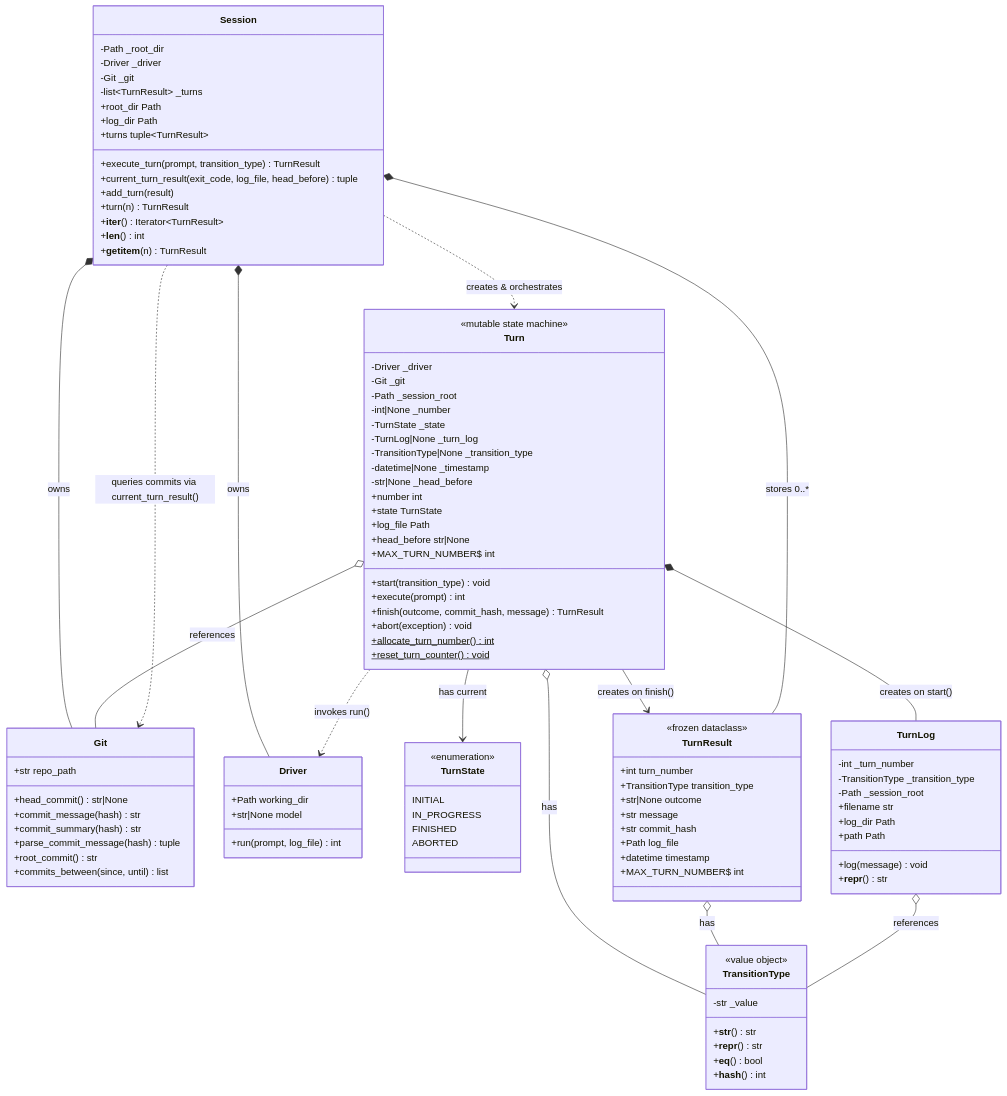
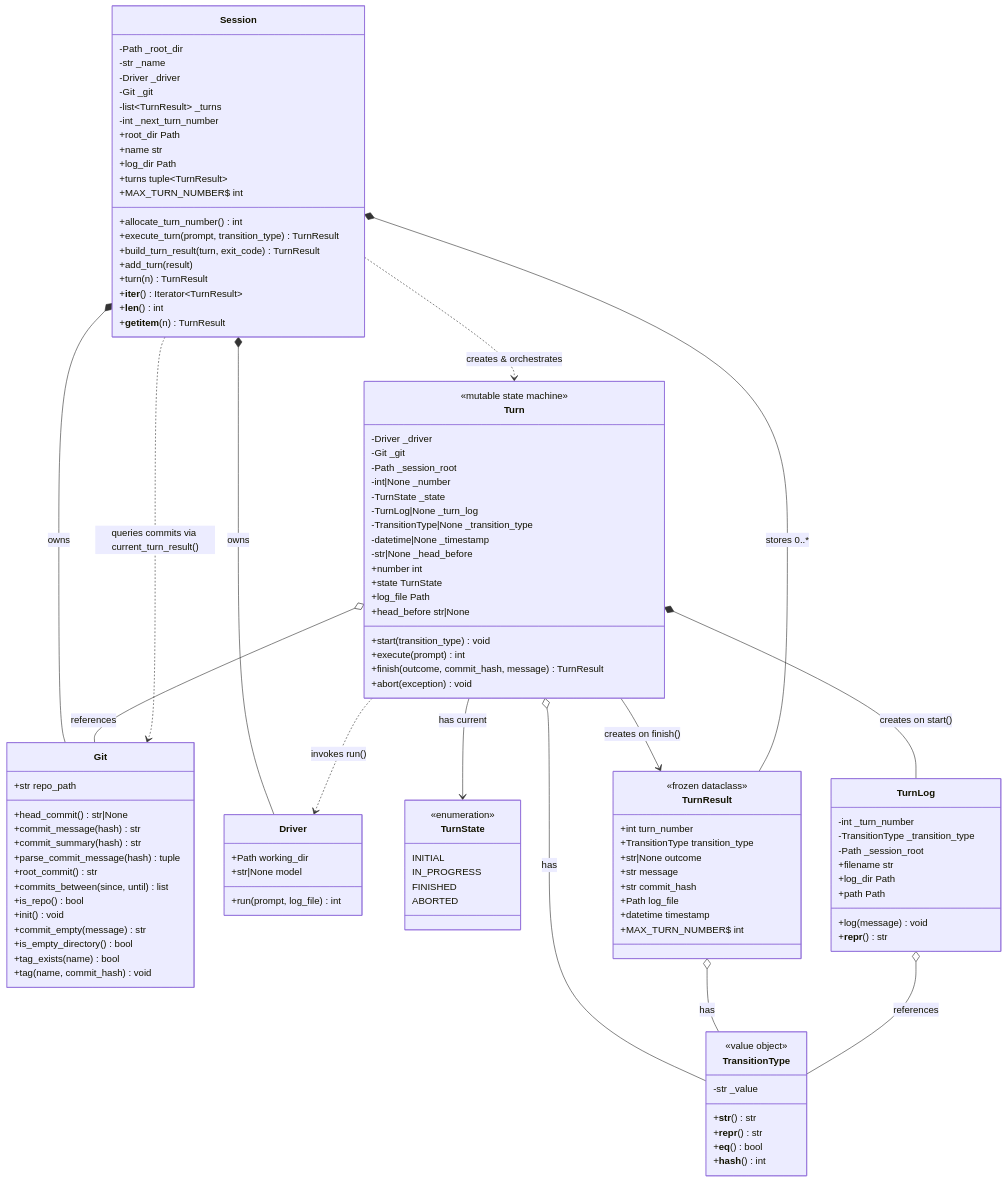
Before and after one commit to alexeyv/afk: the diagram in docs/domain-model.md, drawn with Mermaid. The commit also changed other lines of this file and 8 other files, not shown here.

```diff
--- a/docs/domain-model.md
+++ b/docs/domain-model.md
@@ -18,6 +19,12 @@
         +parse_commit_message(hash) tuple
         +root_commit() str
         +commits_between(since, until) list
+        +is_repo() bool
+        +init() void
+        +commit_empty(message) str
+        +is_empty_directory() bool
+        +tag_exists(name) bool
+        +tag(name, commit_hash) void
     }
 
     class Driver {
@@ -74,9 +81,6 @@
         +execute(prompt) int
         +finish(outcome, commit_hash, message) TurnResult
         +abort(exception) void
-        +allocate_turn_number()$ int
-        +reset_turn_counter()$ void
-        +MAX_TURN_NUMBER$ int
     }
 
     class TurnLog {
@@ -92,19 +96,24 @@
 
     class Session {
         -Path _root_dir
+        -str _name
         -Driver _driver
         -Git _git
         -list~TurnResult~ _turns
+        -int _next_turn_number
         +root_dir Path
+        +name str
         +log_dir Path
         +turns tuple~TurnResult~
+        +allocate_turn_number() int
         +execute_turn(prompt, transition_type) TurnResult
-        +current_turn_result(exit_code, log_file, head_before) tuple
+        +build_turn_result(turn, exit_code) TurnResult
         +add_turn(result)
         +turn(n) TurnResult
         +__iter__() Iterator~TurnResult~
         +__len__() int
         +__getitem__(n) TurnResult
+        +MAX_TURN_NUMBER$ int
     }
 
     %% Composition (ownership)
```
